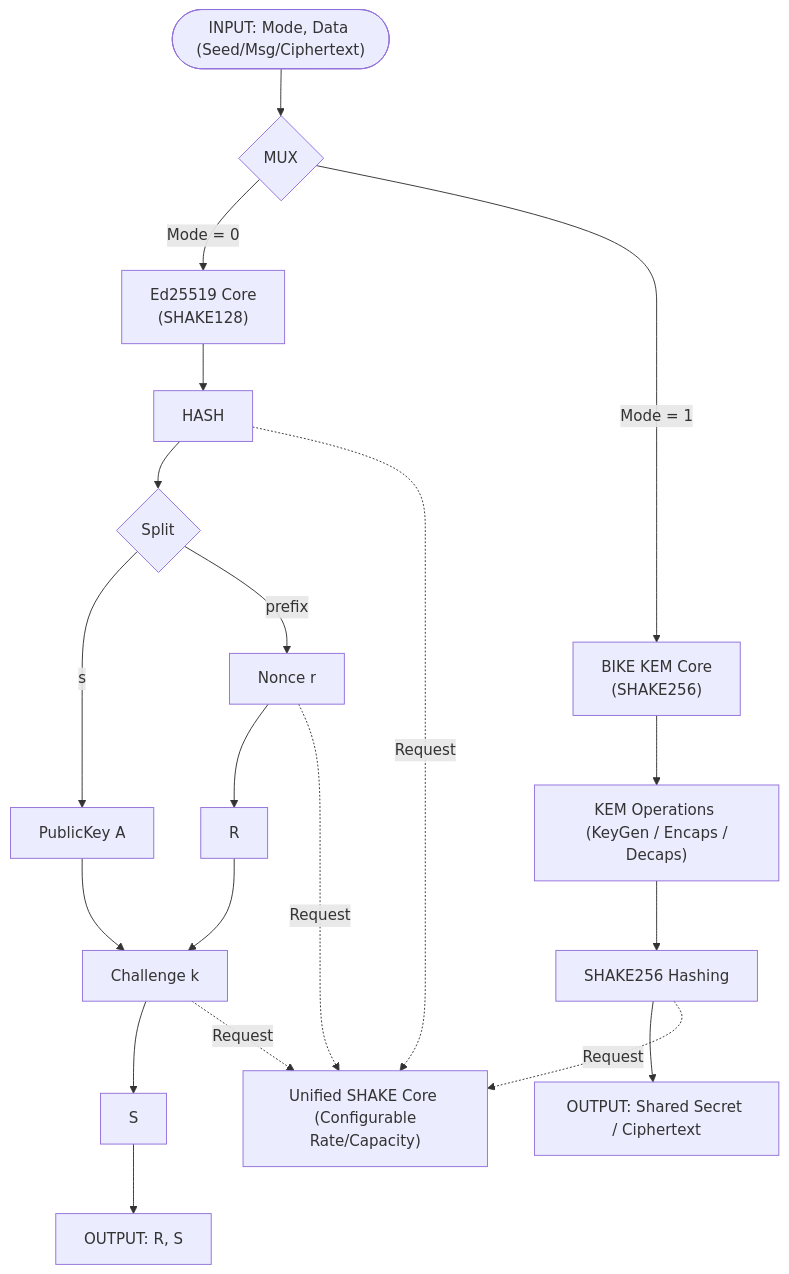
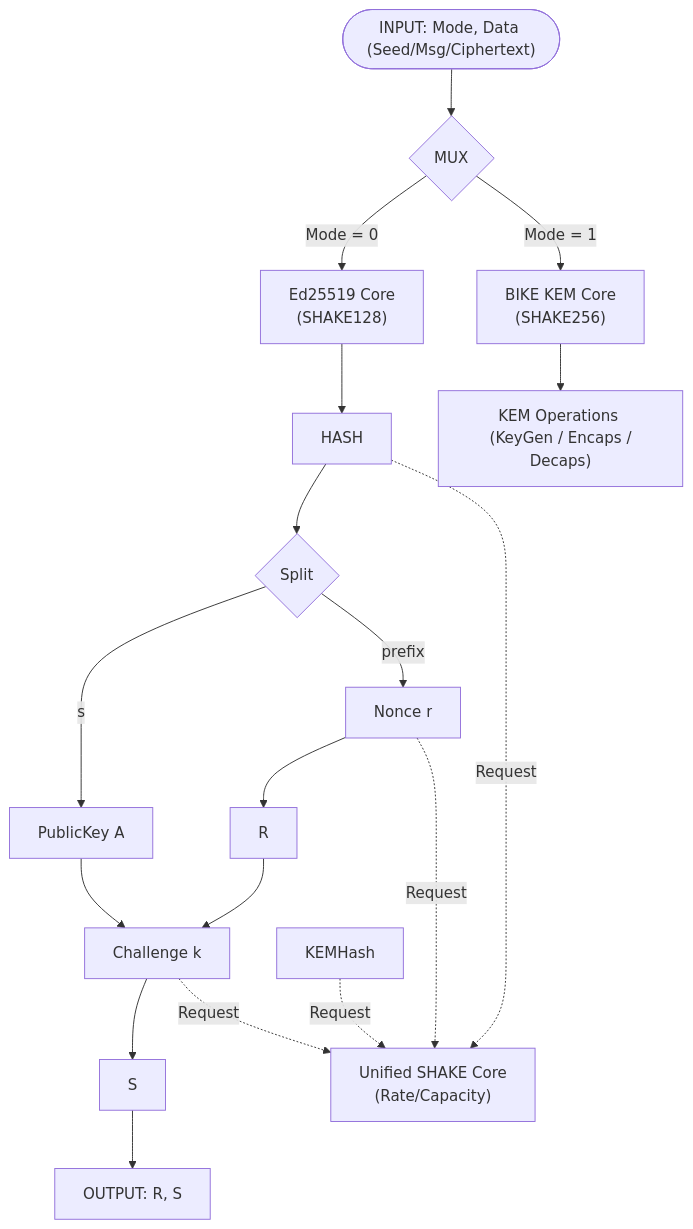
Before and after one commit to BAT-LAB69/CRYPTO_SOC: the diagram in README.md, drawn with Mermaid.

Commit message:
Update README for KEM operations and SHAKE core

````diff
--- a/README.md
+++ b/README.md
@@ -2,32 +2,32 @@
 ```mermaid
 flowchart TD
     %% System Input
     Input(["INPUT: Mode, Data (Seed/Msg/Ciphertext)"]) --> Mux{"MUX"}
 
     %% Mode Selection
     Mux -->|Mode = 0| EdFlow["Ed25519 Core <br>(SHAKE128)"]
     Mux -->|Mode = 1| KEMFlow["BIKE KEM Core <br> (SHAKE256)"]
 
     %% Ed25519 Detailed Flow
     EdFlow --> HashSeed["HASH"]
     HashSeed --> Split{Split}
     Split -->|s| GenPub["PublicKey A"]
     Split -->|prefix| HashNonce["Nonce r"]
     GenPub --> HashChal["Challenge k"]
     HashNonce --> GenR["R"]
     GenR --> HashChal
     HashChal --> CalcS["S"]
     CalcS --> EdOut["OUTPUT: R, S"]
 
     %% KEM Detailed Flow (Placeholder)
     KEMFlow --> KEMOp["KEM Operations <br> (KeyGen / Encaps / Decaps)"]
-    KEMOp --> KEMHash["SHAKE256 Hashing"]
-    KEMHash --> KEMOut["OUTPUT: Shared Secret / Ciphertext"]
+    %% KEMOp --> KEMHash["SHAKE256 Hashing"]
+    %% KEMHash --> KEMOut["OUTPUT: Shared Secret / Ciphertext"]
 
     %% Unified Keccak Core
-    HashSeed -.->|Request| ShakeCore["Unified SHAKE Core <br> (Configurable Rate/Capacity)"]
+    HashSeed -.->|Request| ShakeCore["Unified SHAKE Core <br> (Rate/Capacity)"]
     HashNonce -.->|Request| ShakeCore
     HashChal -.->|Request| ShakeCore
     KEMHash -.->|Request| ShakeCore
 
 ```
````
